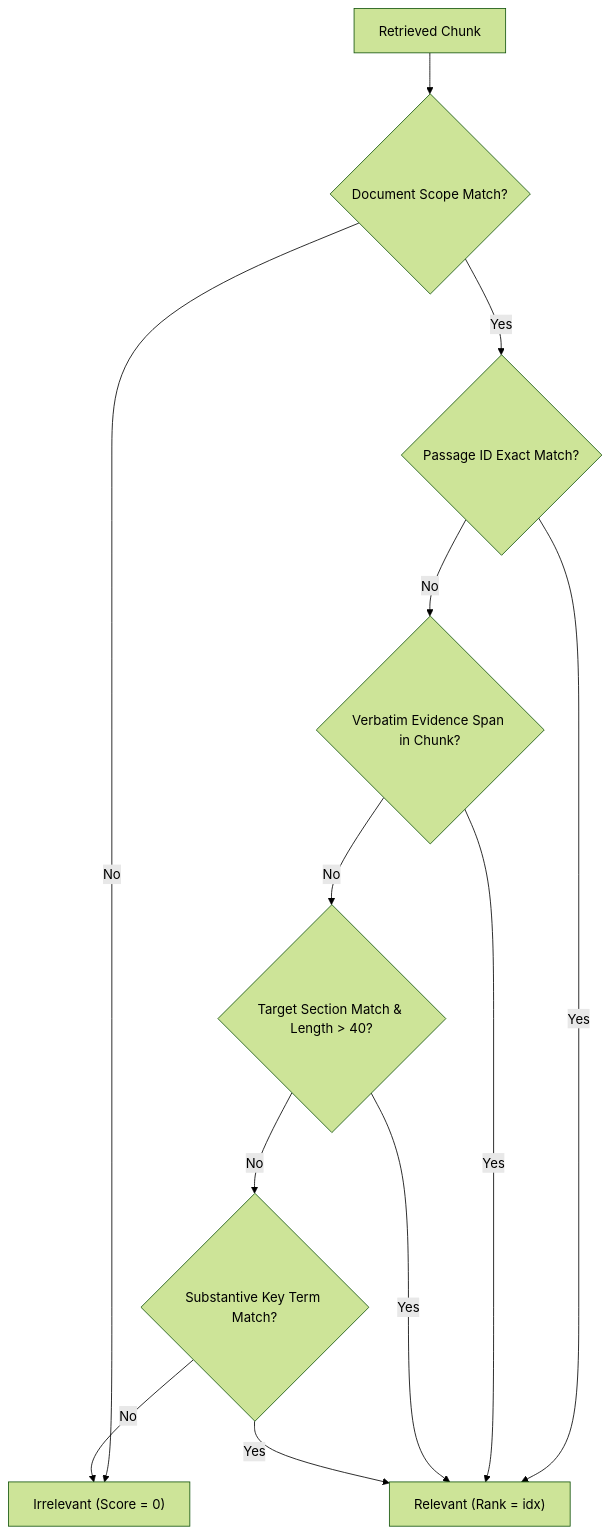
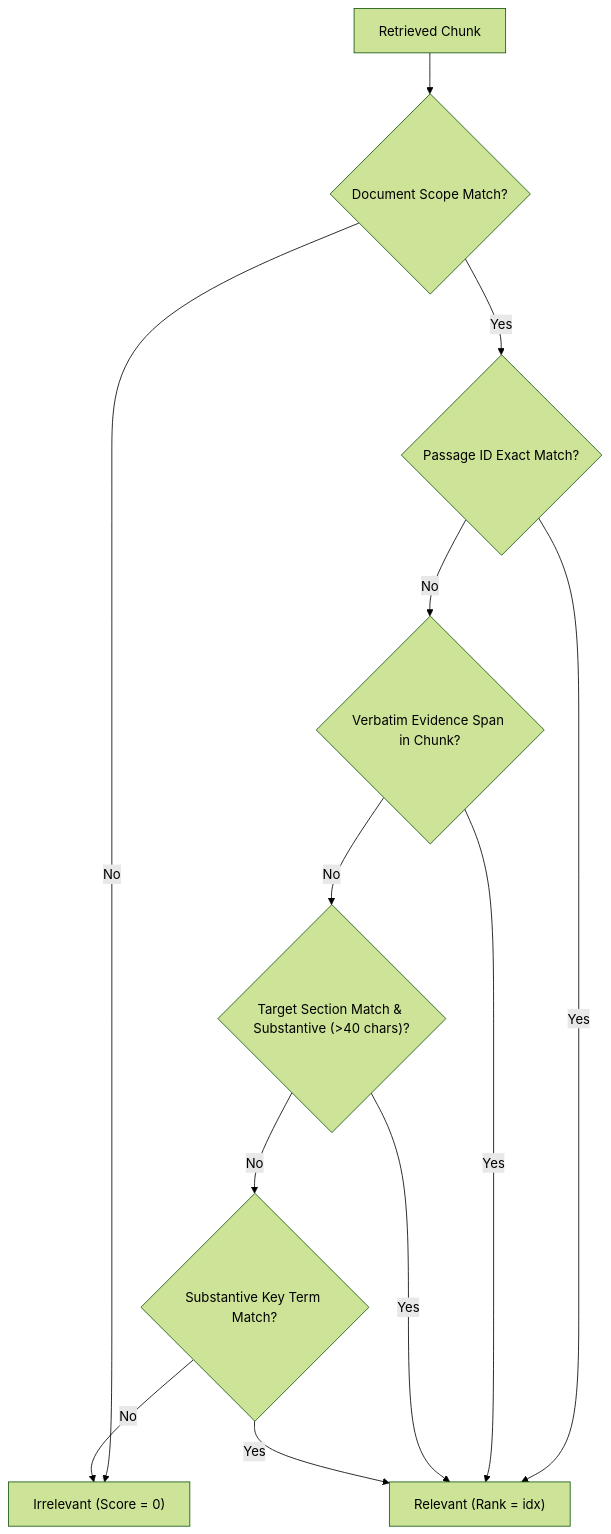
Before and after one commit to Eclipse-XS/Neural-Network-Technologies-and-Systems: the diagram in labs/lab07_final_project/docs/annotation_procedure.md, drawn with Mermaid (forest theme). The commit also changed other lines of this file and 14 other files, not shown here.

````diff
--- a/labs/lab07_final_project/docs/annotation_procedure.md
+++ b/labs/lab07_final_project/docs/annotation_procedure.md
@@ -64,14 +68,14 @@
 ```mermaid
 flowchart TD
     A["Retrieved Chunk"] --> B{"Document Scope Match?"}
     B -- No --> F["Irrelevant (Score = 0)"]
     B -- Yes --> C{"Passage ID Exact Match?"}
     C -- Yes --> R["Relevant (Rank = idx)"]
     C -- No --> D{"Verbatim Evidence Span in Chunk?"}
     D -- Yes --> R
-    D -- No --> E{"Target Section Match & Length > 40?"}
+    D -- No --> E{"Target Section Match & Substantive (>40 chars)?"}
     E -- Yes --> R
     E -- No --> G{"Substantive Key Term Match?"}
     G -- Yes --> R
     G -- No --> F
 ```
````
